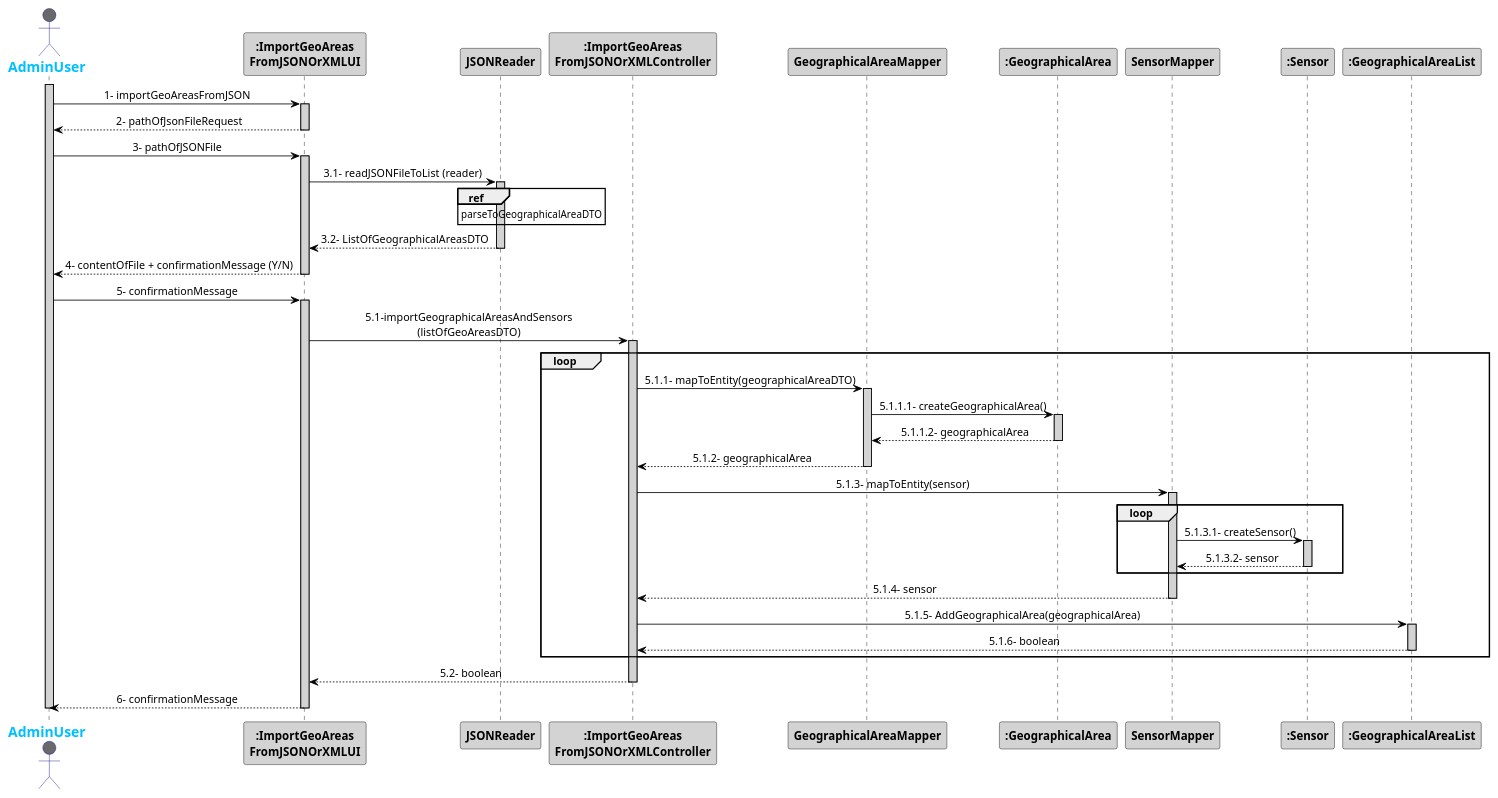
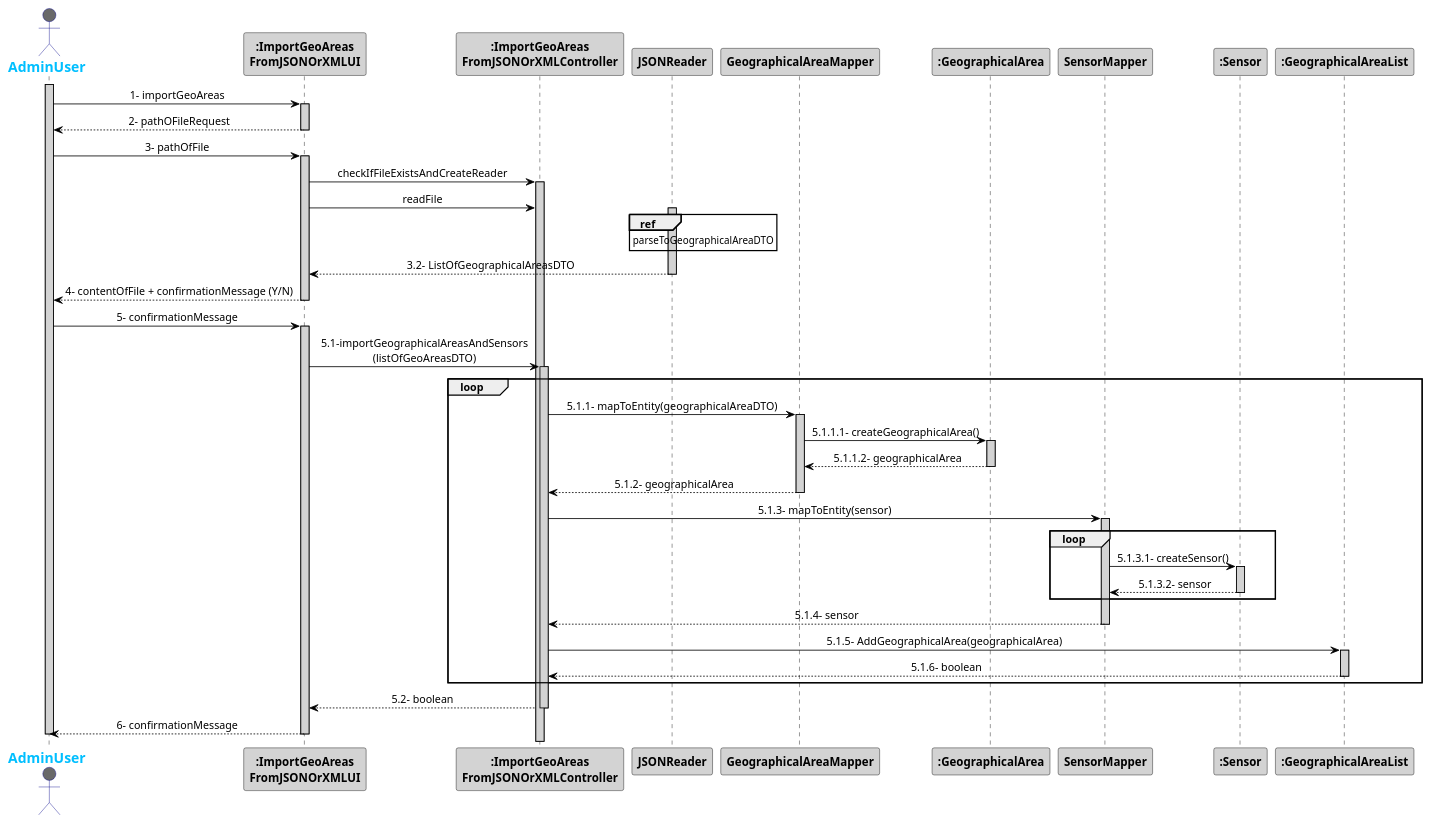
Before and after one commit to 1181687/hateoasToy: the diagram in src/main/java/pt/ipp/isep/dei/project/controllers/importgeoareasfromjsonorxmlcontroller/SD_ImportGeoAreasFromJSON.puml, drawn with PlantUML. The commit also changed 5 other files, not shown here.

Commit message:
Changes to importGeoAreas Class in order to fix import problems in main (addresses #135)

```diff
--- a/src/main/java/pt/ipp/isep/dei/project/controllers/importgeoareasfromjsonorxmlcontroller/SD_ImportGeoAreasFromJSON.puml
+++ b/src/main/java/pt/ipp/isep/dei/project/controllers/importgeoareasfromjsonorxmlcontroller/SD_ImportGeoAreasFromJSON.puml
@@ -1,72 +1,74 @@
 @startuml
 skinparam sequenceMessageAlign center
 skinparam sequence {
 	ArrowColor Black
 	ActorBorderColor DarkBlue
 	LifeLineBorderColor black
 	LifeLineBackgroundColor LightGrey
 
 	ParticipantBorderColor Black
 	ParticipantBackgroundColor LightGrey
 	ParticipantFontStyle Bold
 
 	ActorBackgroundColor DimGrey
 	ActorFontColor DeepSkyBlue
 	ActorFontStyle Bold
 	ActorFontSize 17
 	ActorFontName Aapex
 }
 actor AdminUser
 activate AdminUser
 actor AdminUser
 
-AdminUser -> ":ImportGeoAreas\nFromJSONOrXMLUI": 1- importGeoAreasFromJSON
+AdminUser -> ":ImportGeoAreas\nFromJSONOrXMLUI": 1- importGeoAreas
 activate ":ImportGeoAreas\nFromJSONOrXMLUI"
-AdminUser <-- ":ImportGeoAreas\nFromJSONOrXMLUI": 2- pathOfJsonFileRequest
+AdminUser <-- ":ImportGeoAreas\nFromJSONOrXMLUI": 2- pathOFileRequest
 deactivate ":ImportGeoAreas\nFromJSONOrXMLUI"
-AdminUser -> ":ImportGeoAreas\nFromJSONOrXMLUI": 3- pathOfJSONFile
+AdminUser -> ":ImportGeoAreas\nFromJSONOrXMLUI": 3- pathOfFile
 activate ":ImportGeoAreas\nFromJSONOrXMLUI"
-":ImportGeoAreas\nFromJSONOrXMLUI" -> "JSONReader" : 3.1- readJSONFileToList (reader)
+":ImportGeoAreas\nFromJSONOrXMLUI" -> ":ImportGeoAreas\nFromJSONOrXMLController": checkIfFileExistsAndCreateReader
+activate ":ImportGeoAreas\nFromJSONOrXMLController"
+":ImportGeoAreas\nFromJSONOrXMLUI" -> ":ImportGeoAreas\nFromJSONOrXMLController": readFile
 activate "JSONReader"
 ref over "JSONReader"
 parseToGeographicalAreaDTO
 end
 ":ImportGeoAreas\nFromJSONOrXMLUI" <-- "JSONReader" : 3.2- ListOfGeographicalAreasDTO
 deactivate "JSONReader"
 AdminUser <-- ":ImportGeoAreas\nFromJSONOrXMLUI": 4- contentOfFile + confirmationMessage (Y/N)
 deactivate ":ImportGeoAreas\nFromJSONOrXMLUI"
 AdminUser -> ":ImportGeoAreas\nFromJSONOrXMLUI": 5- confirmationMessage
 activate ":ImportGeoAreas\nFromJSONOrXMLUI"
 ":ImportGeoAreas\nFromJSONOrXMLUI" -> ":ImportGeoAreas\nFromJSONOrXMLController": 5.1-importGeographicalAreasAndSensors\n(listOfGeoAreasDTO)
 activate ":ImportGeoAreas\nFromJSONOrXMLController"
 loop
 ":ImportGeoAreas\nFromJSONOrXMLController" -> "GeographicalAreaMapper" : 5.1.1- mapToEntity(geographicalAreaDTO)
 activate "GeographicalAreaMapper"
 "GeographicalAreaMapper" -> ":GeographicalArea" : 5.1.1.1- createGeographicalArea()
 activate ":GeographicalArea"
 "GeographicalAreaMapper" <-- ":GeographicalArea" : 5.1.1.2- geographicalArea
 deactivate ":GeographicalArea"
 ":ImportGeoAreas\nFromJSONOrXMLController" <-- "GeographicalAreaMapper" : 5.1.2- geographicalArea
 deactivate "GeographicalAreaMapper"
 ":ImportGeoAreas\nFromJSONOrXMLController" -> "SensorMapper" : 5.1.3- mapToEntity(sensor)
 loop
 activate "SensorMapper"
 "SensorMapper" -> ":Sensor" : 5.1.3.1- createSensor()
 activate ":Sensor"
 "SensorMapper" <-- ":Sensor" : 5.1.3.2- sensor
 deactivate ":Sensor"
 end
 ":ImportGeoAreas\nFromJSONOrXMLController" <-- "SensorMapper" : 5.1.4- sensor
  deactivate "SensorMapper"
 ":ImportGeoAreas\nFromJSONOrXMLController"  -> ":GeographicalAreaList" : 5.1.5- AddGeographicalArea(geographicalArea)
 activate ":GeographicalAreaList"
 ":ImportGeoAreas\nFromJSONOrXMLController" <-- ":GeographicalAreaList" : 5.1.6- boolean
 deactivate ":GeographicalAreaList"
 end
 ":ImportGeoAreas\nFromJSONOrXMLUI" <-- ":ImportGeoAreas\nFromJSONOrXMLController": 5.2- boolean
 deactivate ":ImportGeoAreas\nFromJSONOrXMLController"
 AdminUser <-- ":ImportGeoAreas\nFromJSONOrXMLUI": 6- confirmationMessage
 deactivate ":ImportGeoAreas\nFromJSONOrXMLUI"
 deactivate AdminUser
 
 @enduml
```
